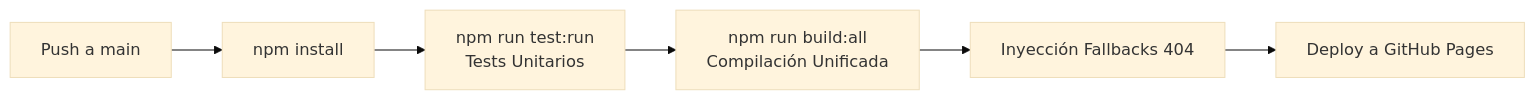
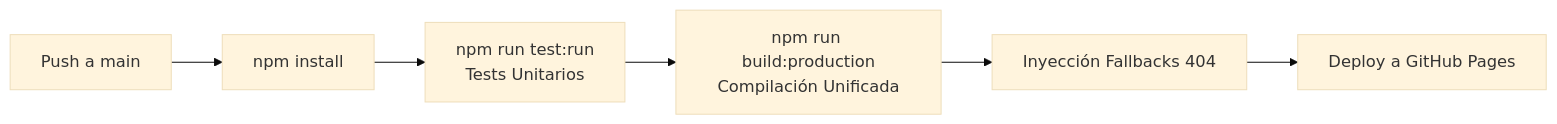
The diagram in README.md (ezezn/zn-apps), drawn with Mermaid (base theme) before and after one commit. The commit also changed other lines of this file and 22 other files, not shown here.

````diff
--- a/README.md
+++ b/README.md
@@ -140,8 +144,8 @@
 ```mermaid
 flowchart LR
   A[Push a main] --> B[npm install]
   B --> C[npm run test:run\nTests Unitarios]
-  C --> D[npm run build:all\nCompilación Unificada]
+  C --> D[npm run build:production\nCompilación Unificada]
   D --> E[Inyección Fallbacks 404]
   E --> F[Deploy a GitHub Pages]
 ```
````
